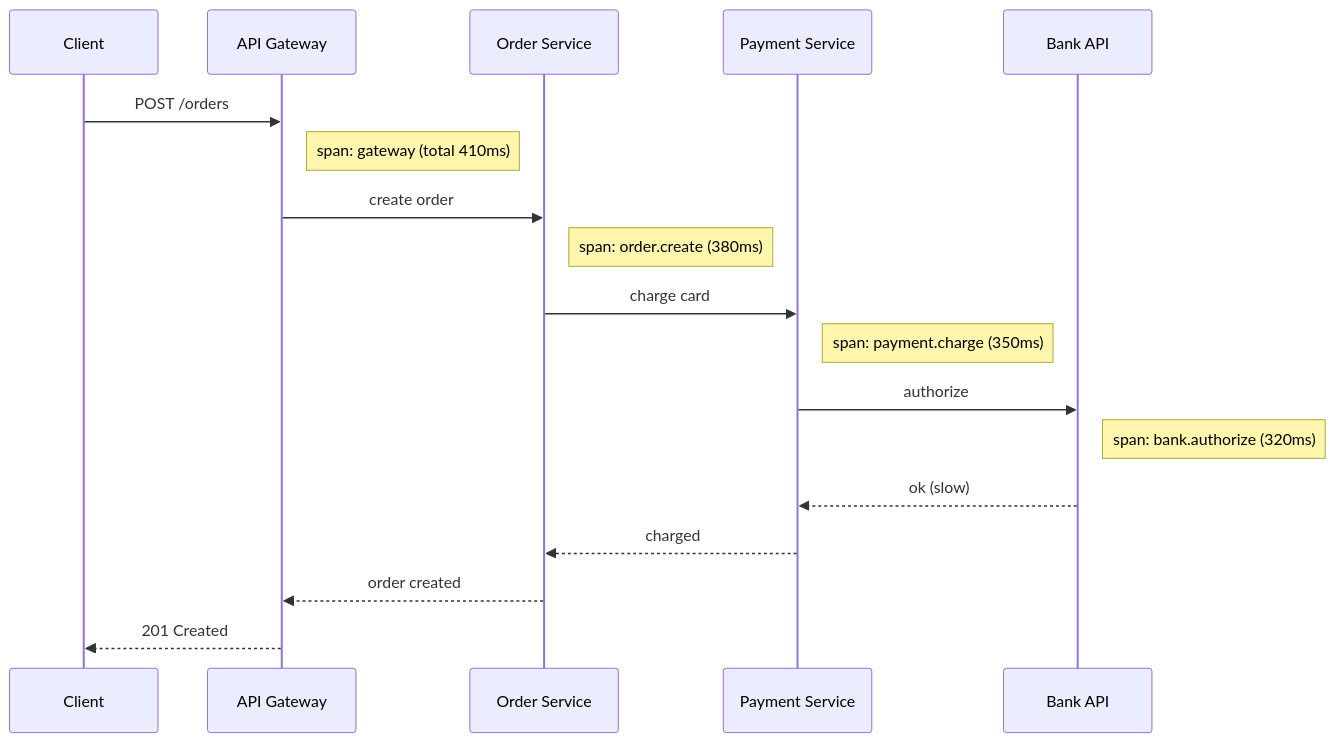
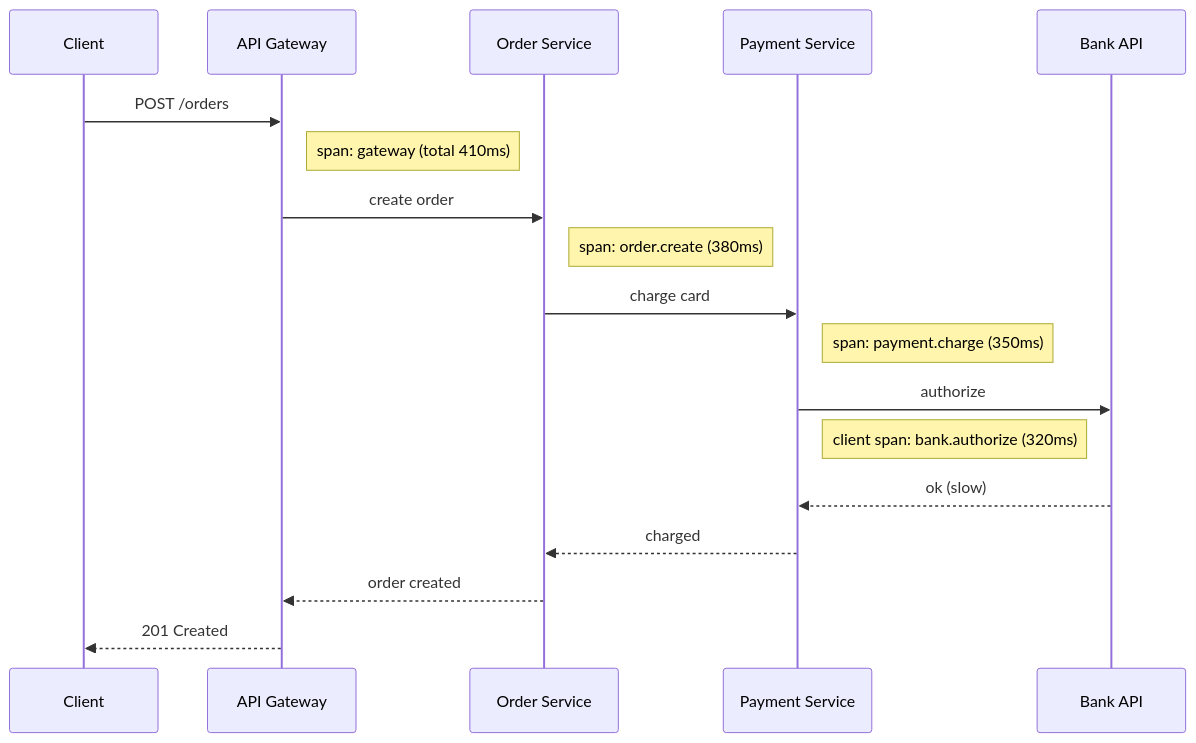
Before and after one commit to Kert0n/KPO: the ninth of 13 diagrams in content/lectures/Lec14/vitepress.md, drawn with Mermaid. The commit also changed other lines of this file, not shown here.

````diff
--- a/content/lectures/Lec14/vitepress.md
+++ b/content/lectures/Lec14/vitepress.md
@@ -867,21 +791,21 @@
 ```mermaid
 sequenceDiagram
     participant Client
     participant Gateway as API Gateway
     participant Order as Order Service
     participant Payment as Payment Service
     participant Bank as Bank API
 
     Client->>Gateway: POST /orders
     Note right of Gateway: span: gateway (total 410ms)
     Gateway->>Order: create order
     Note right of Order: span: order.create (380ms)
     Order->>Payment: charge card
     Note right of Payment: span: payment.charge (350ms)
     Payment->>Bank: authorize
-    Note right of Bank: span: bank.authorize (320ms)
+    Note right of Payment: client span: bank.authorize (320ms)
     Bank-->>Payment: ok (slow)
     Payment-->>Order: charged
     Order-->>Gateway: order created
     Gateway-->>Client: 201 Created
 ```
````
